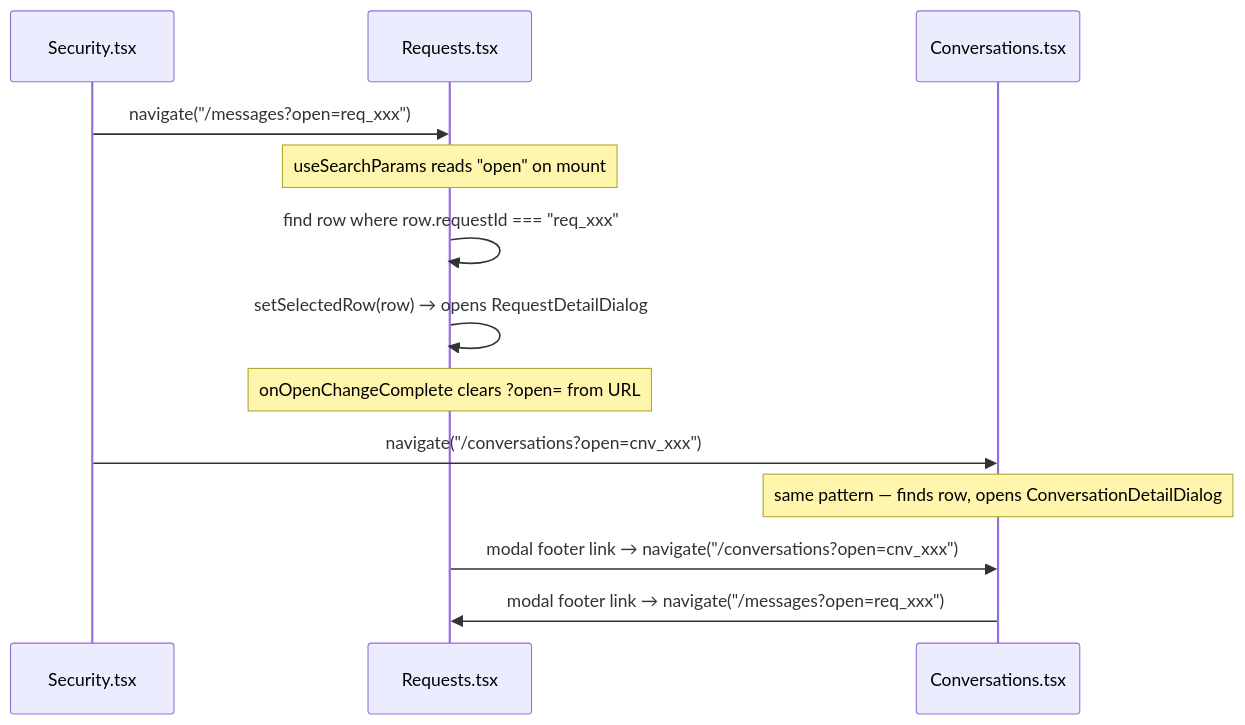
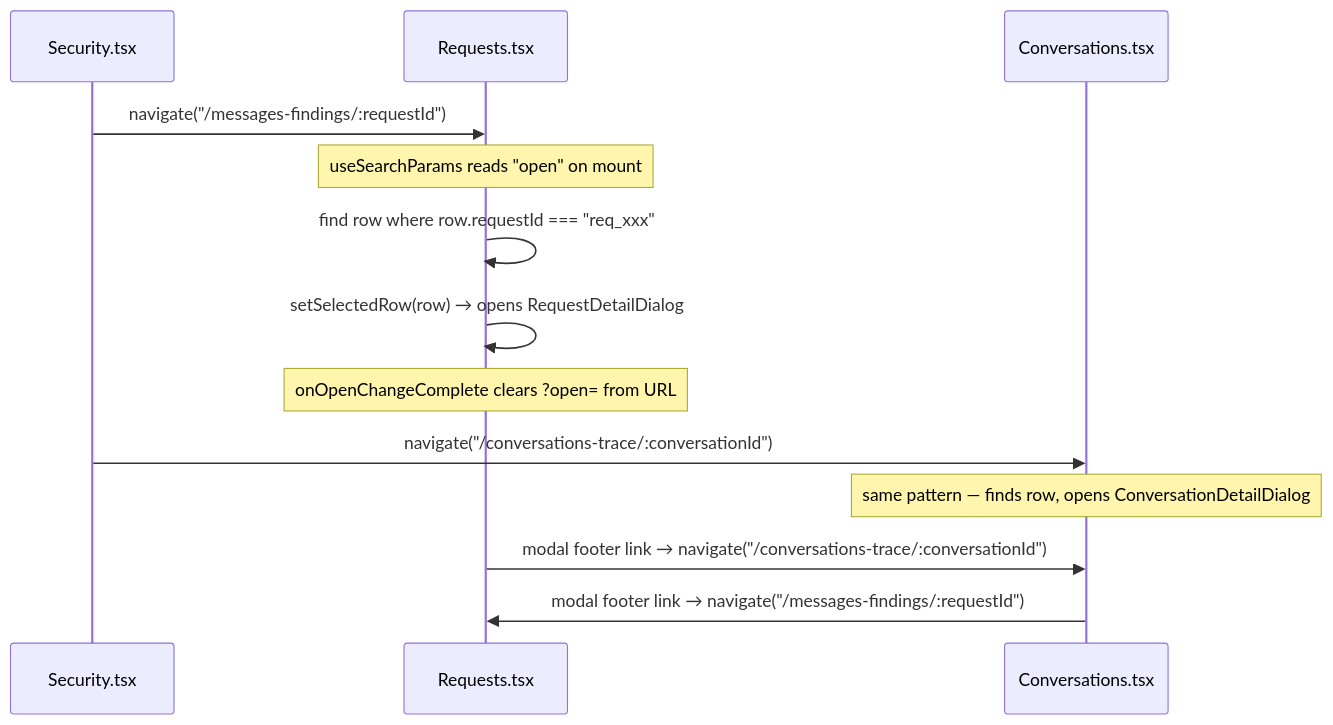
The third of 4 diagrams in data-model.md (Neoneue/gate-ai-build), drawn with Mermaid before and after one commit. The commit also changed other lines of this file, not shown here.

````diff
--- a/data-model.md
+++ b/data-model.md
@@ -840,18 +842,18 @@
 ```mermaid
 sequenceDiagram
     participant S as Security.tsx
     participant R as Requests.tsx
     participant C as Conversations.tsx
 
-    S->>R: navigate("/messages?open=req_xxx")
+    S->>R: navigate("/messages-findings/:requestId")
     Note over R: useSearchParams reads "open" on mount
     R->>R: find row where row.requestId === "req_xxx"
     R->>R: setSelectedRow(row) → opens RequestDetailDialog
     Note over R: onOpenChangeComplete clears ?open= from URL
 
-    S->>C: navigate("/conversations?open=cnv_xxx")
+    S->>C: navigate("/conversations-trace/:conversationId")
     Note over C: same pattern — finds row, opens ConversationDetailDialog
 
-    R->>C: modal footer link → navigate("/conversations?open=cnv_xxx")
-    C->>R: modal footer link → navigate("/messages?open=req_xxx")
+    R->>C: modal footer link → navigate("/conversations-trace/:conversationId")
+    C->>R: modal footer link → navigate("/messages-findings/:requestId")
 ```
````
